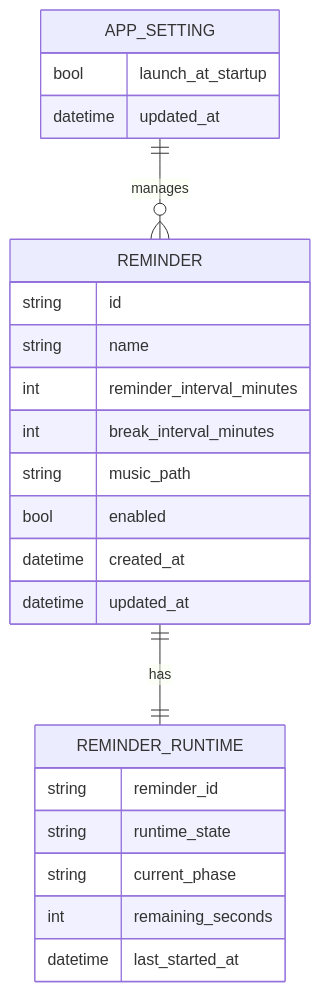
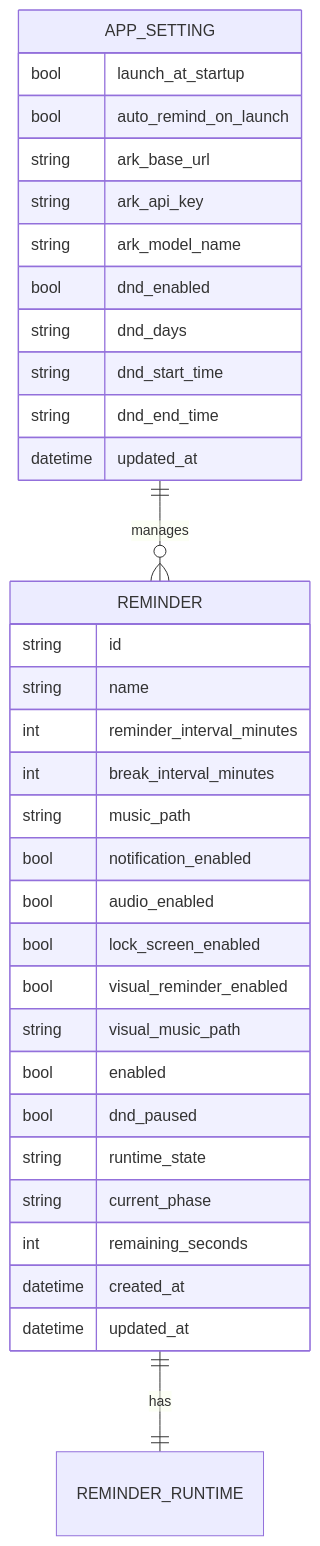
One commit to xietian-hash/ReminderClient changed the second of 3 diagrams in .document/AI-PRD.md. Above: the diagram before and after it, drawn with Mermaid. The commit also changed other lines of this file and 1 other file, not shown here.

````diff
--- a/.document/AI-PRD.md
+++ b/.document/AI-PRD.md
@@ -184,29 +184,38 @@
 ```mermaid
 erDiagram
     REMINDER ||--|| REMINDER_RUNTIME : has
     APP_SETTING ||--o{ REMINDER : manages
 
     REMINDER {
         string id
         string name
         int reminder_interval_minutes
         int break_interval_minutes
         string music_path
+        bool notification_enabled
+        bool audio_enabled
+        bool lock_screen_enabled
+        bool visual_reminder_enabled
+        string visual_music_path
         bool enabled
+        bool dnd_paused
+        string runtime_state
+        string current_phase
+        int remaining_seconds
         datetime created_at
         datetime updated_at
     }
 
-    REMINDER_RUNTIME {
-        string reminder_id
-        string runtime_state
-        string current_phase
-        int remaining_seconds
-        datetime last_started_at
-    }
-
     APP_SETTING {
         bool launch_at_startup
+        bool auto_remind_on_launch
+        string ark_base_url
+        string ark_api_key
+        string ark_model_name
+        bool dnd_enabled
+        string dnd_days
+        string dnd_start_time
+        string dnd_end_time
         datetime updated_at
     }
 ```
````
